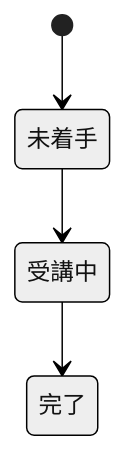
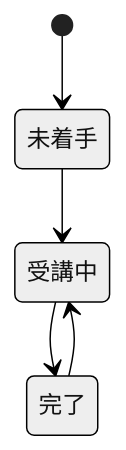
One commit to yukihiroLaravel/juko_laravel changed the second of 2 diagrams in docs/domain/shared/business-rules.md. Above: the diagram before and after it, drawn with Mermaid (neutral theme). The commit also changed other lines of this file and 4 other files, not shown here.

````diff
--- a/docs/domain/shared/business-rules.md
+++ b/docs/domain/shared/business-rules.md
@@ -95,6 +95,7 @@
 ```mermaid
 stateDiagram-v2
     [*] --> 未着手
     未着手 --> 受講中
     受講中 --> 完了
+    完了 --> 受講中
 ```
````
